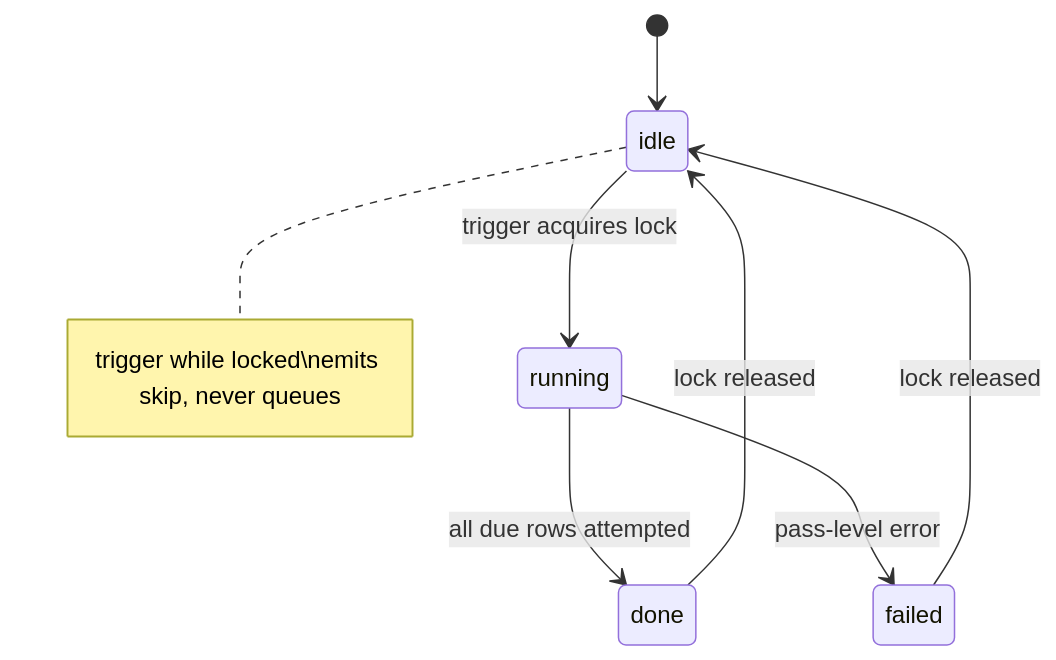
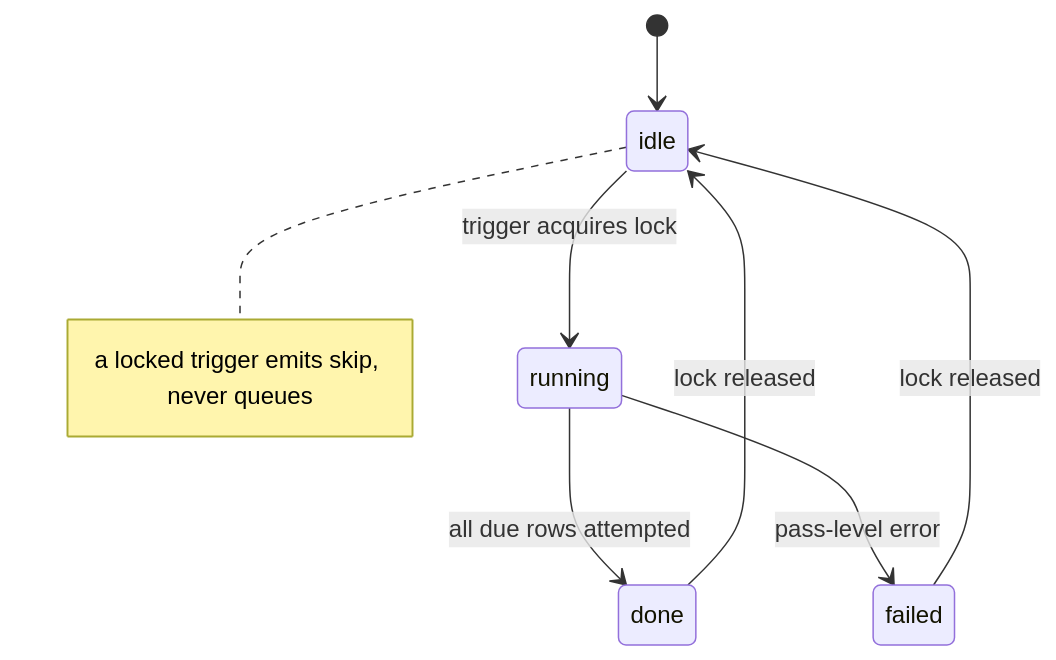
The second of 2 diagrams in docs/PLAN.md (noroutine/kpr), drawn with Mermaid before and after one commit.

Commit message:
docs: one-line mermaid note (literal backslash-n in some renderers)

````diff
--- a/docs/PLAN.md
+++ b/docs/PLAN.md
@@ -75,10 +75,10 @@
 ```mermaid
 stateDiagram-v2
     [*] --> idle
     idle --> running: trigger acquires lock
     running --> done: all due rows attempted
     running --> failed: pass-level error
     done --> idle: lock released
     failed --> idle: lock released
-    note right of idle: trigger while locked\nemits skip, never queues
+    note right of idle: a locked trigger emits skip, never queues
 ```
````
